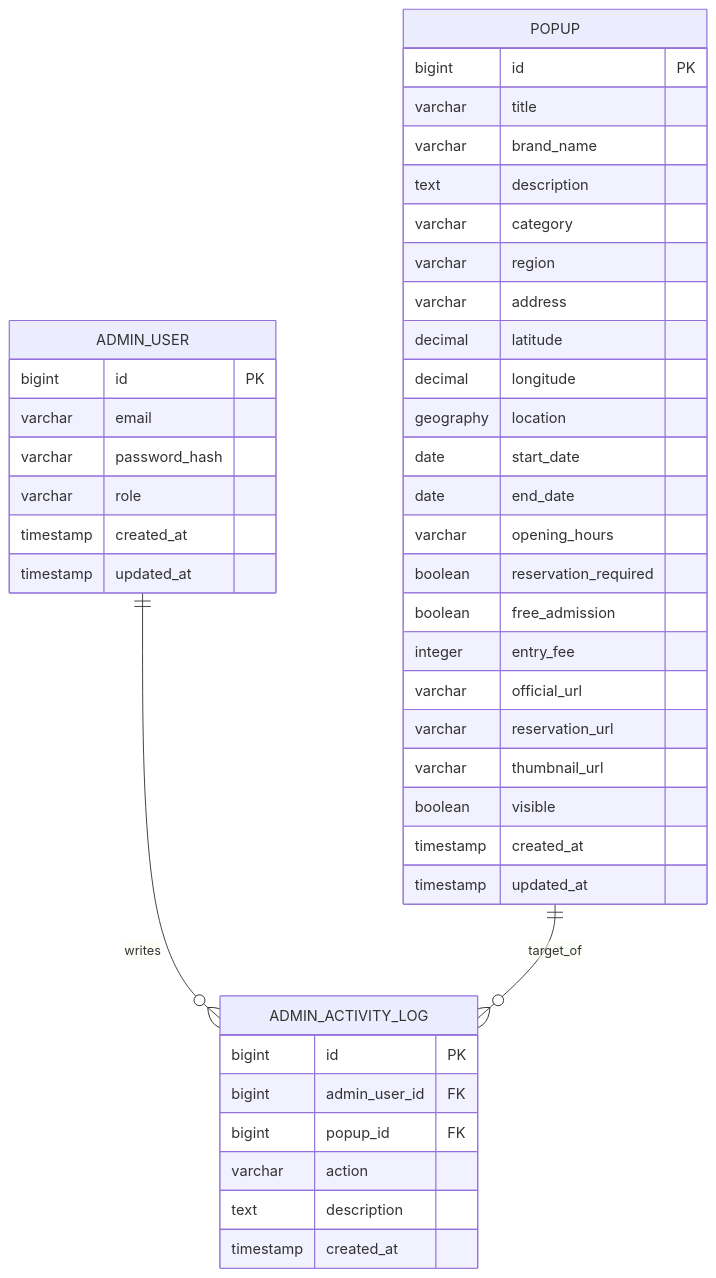
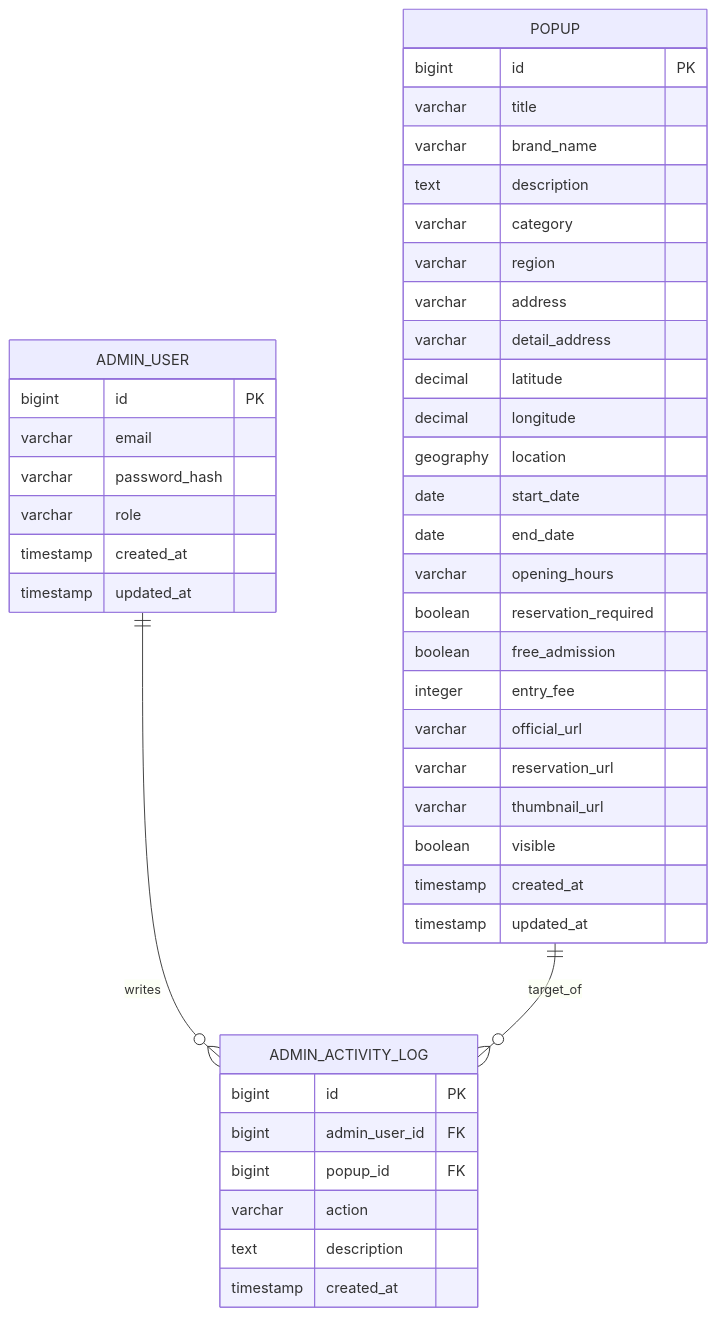
The diagram in ERD.md (hmooko/popup-map), drawn with Mermaid before and after one commit. The commit also changed other lines of this file and 18 other files, not shown here.

````diff
--- a/ERD.md
+++ b/ERD.md
@@ -5,48 +5,49 @@
 ```mermaid
 erDiagram
     POPUP {
         bigint id PK
         varchar title
         varchar brand_name
         text description
         varchar category
         varchar region
         varchar address
+        varchar detail_address
         decimal latitude
         decimal longitude
         geography location
         date start_date
         date end_date
         varchar opening_hours
         boolean reservation_required
         boolean free_admission
         integer entry_fee
         varchar official_url
         varchar reservation_url
         varchar thumbnail_url
         boolean visible
         timestamp created_at
         timestamp updated_at
     }
 
     ADMIN_USER {
         bigint id PK
         varchar email
         varchar password_hash
         varchar role
         timestamp created_at
         timestamp updated_at
     }
 
     ADMIN_ACTIVITY_LOG {
         bigint id PK
         bigint admin_user_id FK
         bigint popup_id FK
         varchar action
         text description
         timestamp created_at
     }
 
     ADMIN_USER ||--o{ ADMIN_ACTIVITY_LOG : writes
     POPUP ||--o{ ADMIN_ACTIVITY_LOG : target_of
 ```
````
